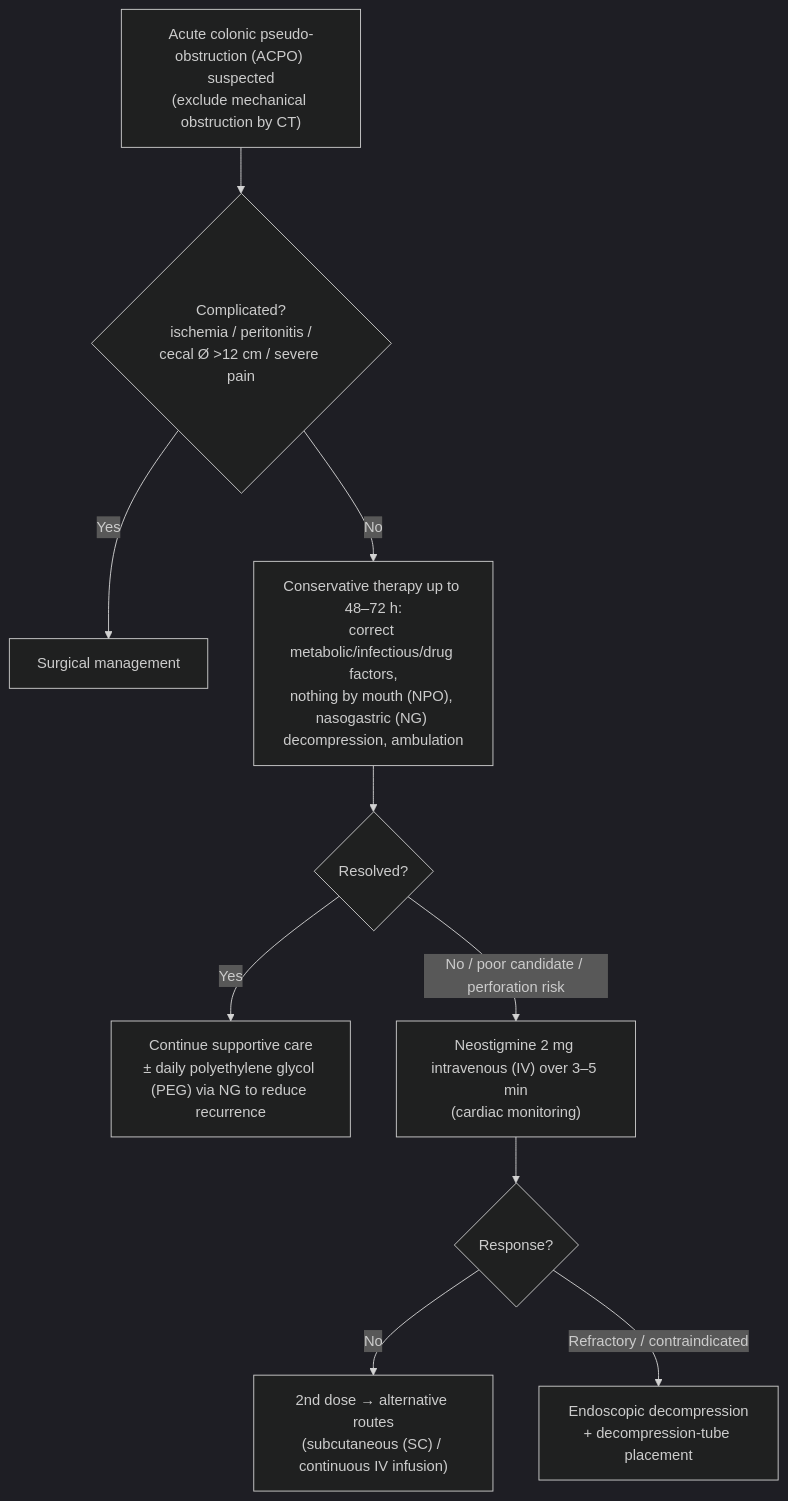
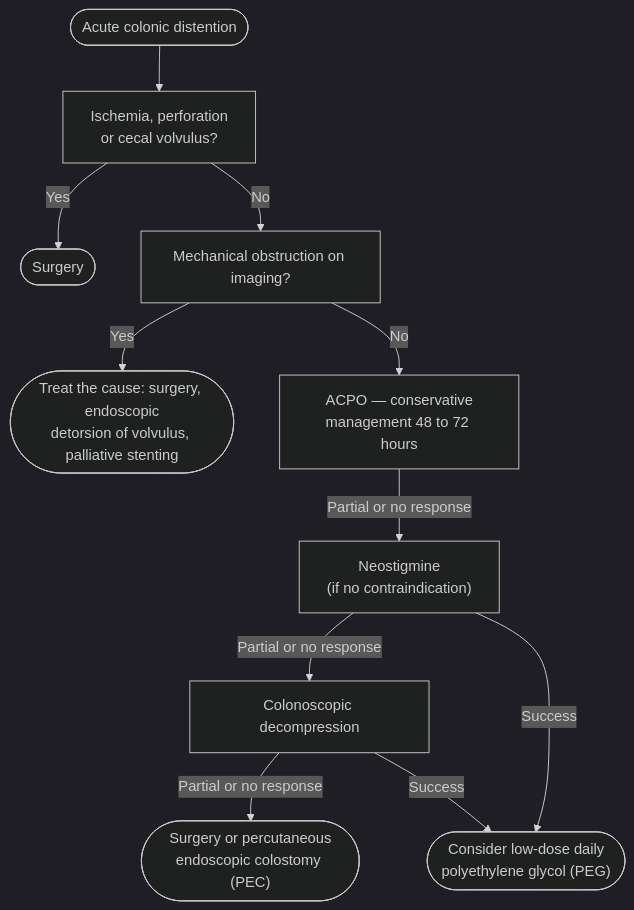
The diagram in KHNL-GI-Wiki/wiki/1-disease-scripts/colorectal-diseases/functional-motility/acute-colonic-pseudo-obstruction.md (KHNickLeMD/KHNL-GI-Wiki), drawn with Mermaid (dark theme) before and after one commit. The commit also changed other lines of this file and 11 other files, not shown here.

````diff
--- a/KHNL-GI-Wiki/wiki/1-disease-scripts/colorectal-diseases/functional-motility/acute-colonic-pseudo-obstruction.md
+++ b/KHNL-GI-Wiki/wiki/1-disease-scripts/colorectal-diseases/functional-motility/acute-colonic-pseudo-obstruction.md
@@ -54,12 +64,16 @@
 ```mermaid
 flowchart TD
-    A["Acute colonic pseudo-obstruction (ACPO) suspected<br/>(exclude mechanical obstruction by CT)"] --> B{"Complicated?<br/>ischemia / peritonitis /<br/>cecal Ø >12 cm / severe pain"}
-    B -- Yes --> S["Surgical management"]
-    B -- No --> C["Conservative therapy up to 48–72 h:<br/>correct metabolic/infectious/drug factors,<br/>nothing by mouth (NPO), nasogastric (NG) decompression, ambulation"]
-    C --> D{"Resolved?"}
-    D -- Yes --> E["Continue supportive care<br/>± daily polyethylene glycol (PEG) via NG to reduce recurrence"]
-    D -- No / poor candidate / perforation risk --> F["Neostigmine 2 mg intravenous (IV) over 3–5 min<br/>(cardiac monitoring)"]
-    F --> G{"Response?"}
-    G -- No --> H["2nd dose → alternative routes<br/>(subcutaneous (SC) / continuous IV infusion)"]
-    G -- Refractory / contraindicated --> I["Endoscopic decompression<br/>+ decompression-tube placement"]
+    A(["Acute colonic distention"]) --> B["Ischemia, perforation<br/>or cecal volvulus?"]
+    B -- "Yes" --> C(["Surgery"])
+    B -- "No" --> D["Mechanical obstruction on imaging?"]
+    D -- "Yes" --> E(["Treat the cause: surgery, endoscopic<br/>detorsion of volvulus, palliative stenting"])
+    D -- "No" --> F["ACPO — conservative<br/>management 48 to 72 hours"]
+    F -- "Partial or no response" --> G["Neostigmine<br/>(if no contraindication)"]
+    G -- "Partial or no response" --> H["Colonoscopic decompression"]
+    H -- "Partial or no response" --> I(["Surgery or percutaneous<br/>endoscopic colostomy (PEC)"])
+    G -- "Success" --> J(["Consider low-dose daily<br/>polyethylene glycol (PEG)"])
+    H -- "Success" --> J
+    class A start
+    class B,D,F,G,H test
+    class C,E,I,J act
 ```
````
